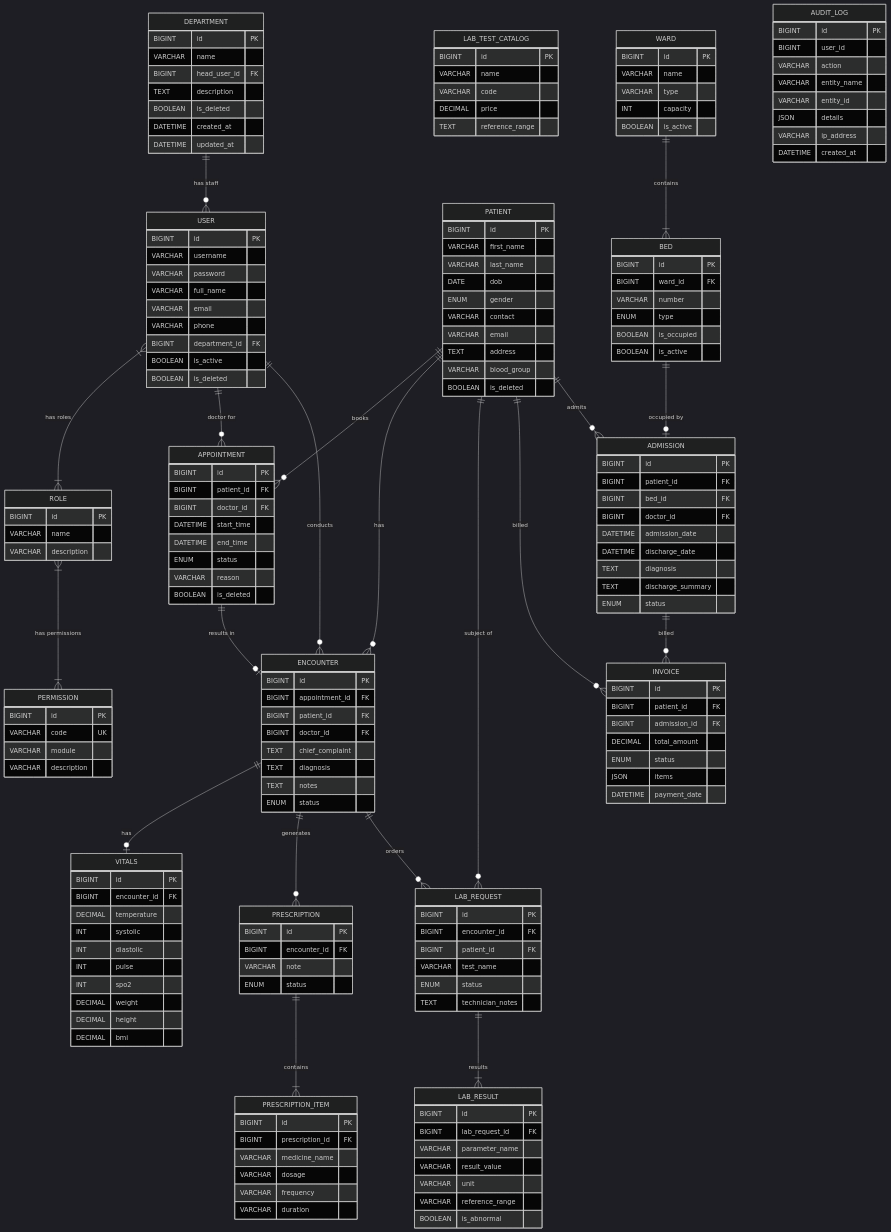
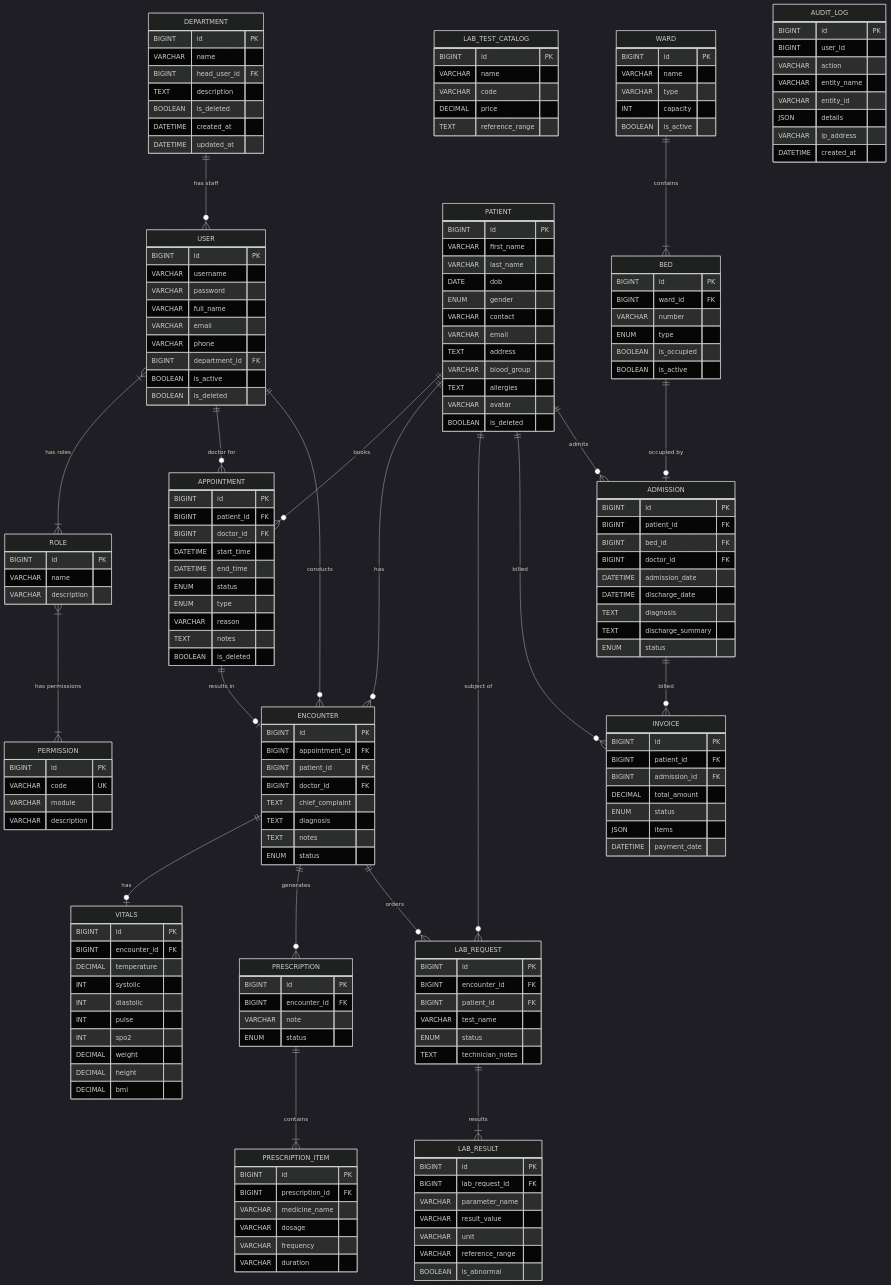
One commit to arshaddodhiya-collab/hms-v3 changed the diagram in docs/backend/er_diagram.md. Above: the diagram before and after it, drawn with Mermaid (dark theme). The commit also changed 7 other files, not shown here.

```diff
--- a/docs/backend/er_diagram.md
+++ b/docs/backend/er_diagram.md
@@ -50,6 +50,8 @@
         VARCHAR email
         TEXT address
         VARCHAR blood_group
+        TEXT allergies
+        VARCHAR avatar
         BOOLEAN is_deleted
     }
 
@@ -61,7 +63,9 @@
         DATETIME start_time
         DATETIME end_time
         ENUM status
+        ENUM type
         VARCHAR reason
+        TEXT notes
         BOOLEAN is_deleted
     }
 
```
